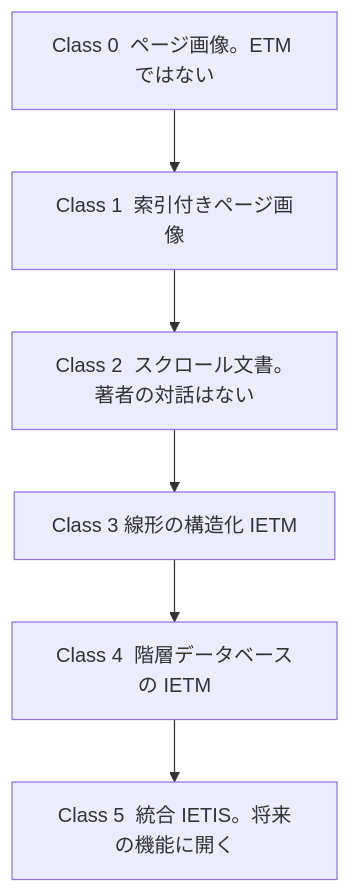
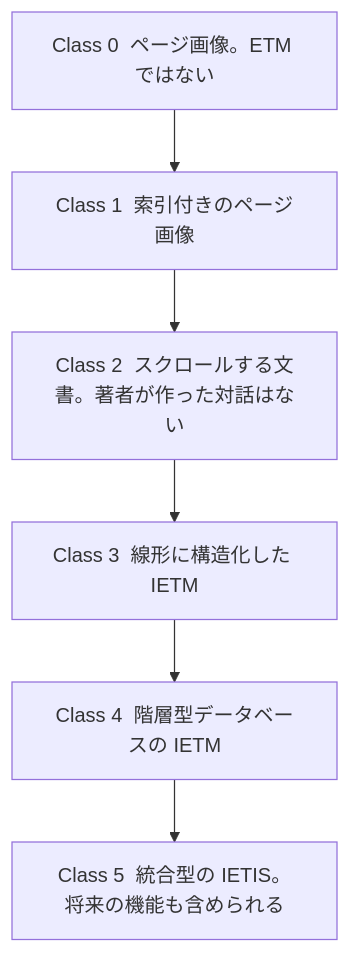
One commit to shuji-bonji/zenn-articles changed the diagram in books/ietm-overview/classes.md. Above: the diagram before and after it, drawn with Mermaid. The commit also changed other lines of this file, not shown here.

````diff
--- a/books/ietm-overview/classes.md
+++ b/books/ietm-overview/classes.md
@@ -17,8 +18,8 @@
 ```mermaid
 flowchart TB
-  C0["Class 0  ページ画像。ETM ではない"] --> C1["Class 1  索引付きページ画像"]
-  C1 --> C2["Class 2  スクロール文書。著者の対話はない"]
-  C2 --> C3["Class 3  線形の構造化 IETM"]
-  C3 --> C4["Class 4  階層データベースの IETM"]
-  C4 --> C5["Class 5  統合 IETIS。将来の機能に開く"]
+  C0["Class 0  ページ画像。ETM ではない"] --> C1["Class 1  索引付きのページ画像"]
+  C1 --> C2["Class 2  スクロールする文書。著者が作った対話はない"]
+  C2 --> C3["Class 3  線形に構造化した IETM"]
+  C3 --> C4["Class 4  階層型データベースの IETM"]
+  C4 --> C5["Class 5  統合型の IETIS。将来の機能も含められる"]
 ```
````
